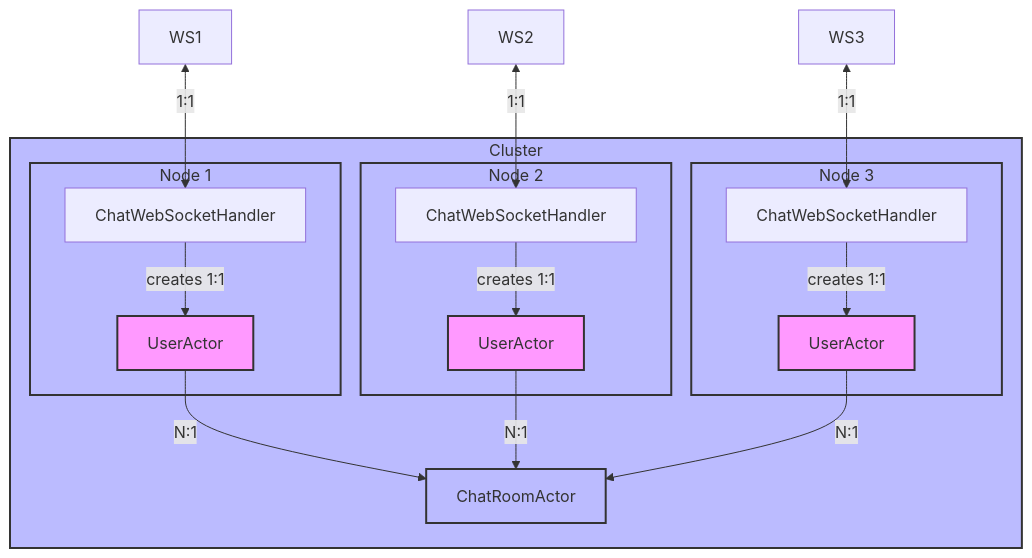
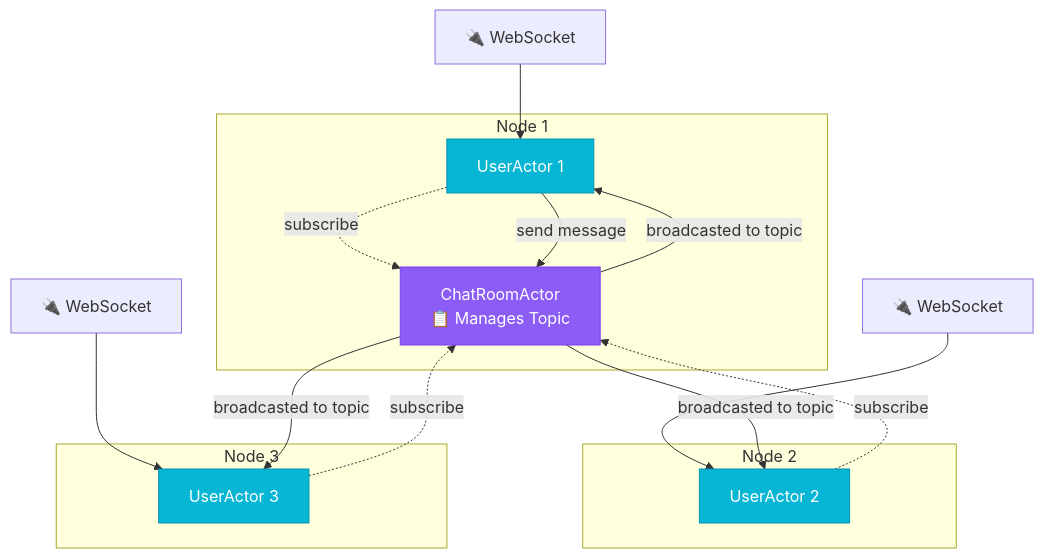
Before and after one commit to seonWKim/spring-boot-starter-actor: the diagram in example/chat/README.md, drawn with Mermaid. The commit also changed other lines of this file and 2 other files, not shown here.

Commit message:
Enhance README.md  (#90)
* Nit

* Nit

* Nit

* Add mermaid diagram

* Update the mermaid diagram

---------

````diff
--- a/example/chat/README.md
+++ b/example/chat/README.md
@@ -7,40 +7,33 @@
 ```mermaid
-graph TD
-    subgraph "Cluster"
-        subgraph "Node 1"
-            WSH1[ChatWebSocketHandler]
-            UA1_1[UserActor]
-        end
-
-        subgraph "Node 2"
-            WSH2[ChatWebSocketHandler]
-            UA2_1[UserActor]
-        end
-
-        subgraph "Node 3"
-            WSH3[ChatWebSocketHandler]
-            UA3_1[UserActor]
-        end
-
-        CRA[ChatRoomActor]
+graph TB
+    subgraph "Node 1"
+        U1[UserActor 1]
+        CR[ChatRoomActor<br/>📋 Manages Topic]
     end
 
-    %% Relationships
-    WS1 <-->|"1:1"| WSH1
-    WS2 <-->|"1:1"| WSH2
-    WS3 <-->|"1:1"| WSH3
+    subgraph "Node 2"
+        U2[UserActor 2]
+    end
 
-    WSH1 -->|"creates 1:1"| UA1_1
-    WSH2 -->|"creates 1:1"| UA2_1
-    WSH3 -->|"creates 1:1"| UA3_1
+    subgraph "Node 3"
+        U3[UserActor 3]
+    end
 
-    UA1_1 -->|"N:1"| CRA
-    UA2_1 -->|"N:1"| CRA
-    UA3_1 -->|"N:1"| CRA
+    WS1[🔌 WebSocket] --> U1
+    WS2[🔌 WebSocket] --> U2
+    WS3[🔌 WebSocket] --> U3
 
-    %% Styling
-    classDef local fill:#f9f,stroke:#333,stroke-width:2px;
-    classDef cluster fill:#bbf,stroke:#333,stroke-width:2px;
-    class UA1_1,UA1_2,UA2_1,UA2_2,UA3_1,UA3_2 local;
-    class CRA cluster;
+    U1 -.->|subscribe| CR
+    U2 -.->|subscribe| CR
+    U3 -.->|subscribe| CR
+
+    U1 -->|send message| CR
+    CR -->|broadcasted to topic| U1
+    CR -->|broadcasted to topic| U2
+    CR -->|broadcasted to topic| U3
+
+    style CR fill:#8B5CF6,stroke:#7C3AED,color:#fff
+    style U1 fill:#06B6D4,stroke:#0891B2,color:#fff
+    style U2 fill:#06B6D4,stroke:#0891B2,color:#fff
+    style U3 fill:#06B6D4,stroke:#0891B2,color:#fff
 ```
````
